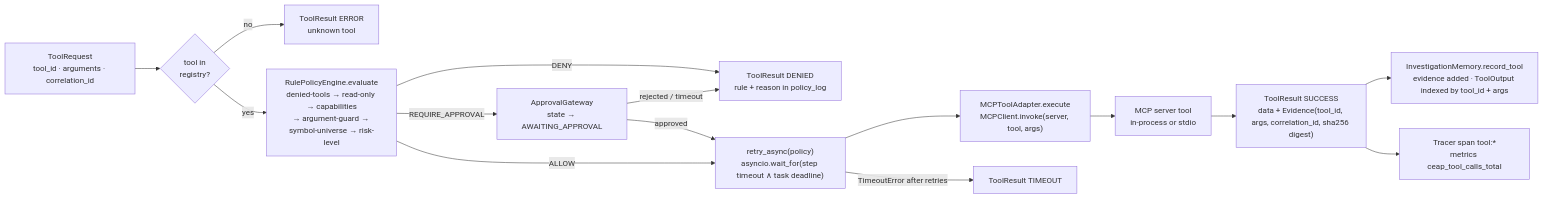
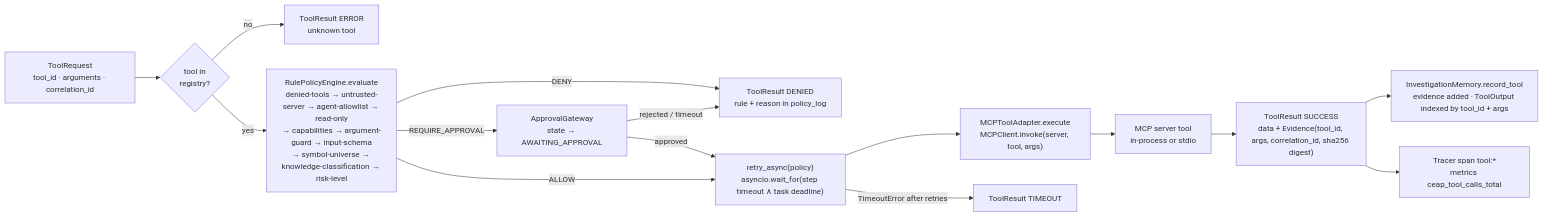
One commit to AshJha0/AgenticAICashEquities changed the third of 20 diagrams in docs/DIAGRAMS.md. Above: the diagram before and after it, drawn with Mermaid. The commit also changed other lines of this file and 9 other files, not shown here.

Commit message:
docs(0.9.0): audit lane A - fix tool counts, state graph, policy order, package graph; add hybrid RAG, judge gate, E1 diagrams

````diff
--- a/docs/DIAGRAMS.md
+++ b/docs/DIAGRAMS.md
@@ -97,17 +101,17 @@
 ```mermaid
 flowchart LR
     REQ["ToolRequest<br/>tool_id · arguments · correlation_id"] --> KNOWN{"tool in<br/>registry?"}
     KNOWN -- no --> ERR["ToolResult ERROR<br/>unknown tool"]
-    KNOWN -- yes --> POL["RulePolicyEngine.evaluate<br/>denied-tools → read-only → capabilities<br/>→ argument-guard → symbol-universe → risk-level"]
+    KNOWN -- yes --> POL["RulePolicyEngine.evaluate<br/>denied-tools → untrusted-server → agent-allowlist → read-only<br/>→ capabilities → argument-guard → input-schema<br/>→ symbol-universe → knowledge-classification → risk-level"]
     POL -- DENY --> DEN["ToolResult DENIED<br/>rule + reason in policy_log"]
     POL -- REQUIRE_APPROVAL --> APR["ApprovalGateway<br/>state → AWAITING_APPROVAL"]
     APR -- rejected / timeout --> DEN
     APR -- approved --> RUN
     POL -- ALLOW --> RUN["retry_async(policy)<br/>asyncio.wait_for(step timeout ∧ task deadline)"]
     RUN --> AD["MCPToolAdapter.execute<br/>MCPClient.invoke(server, tool, args)"]
     AD --> SRV["MCP server tool<br/>in-process or stdio"]
     SRV --> RES["ToolResult SUCCESS<br/>data + Evidence(tool_id, args, correlation_id, sha256 digest)"]
     RES --> MEM["InvestigationMemory.record_tool<br/>evidence added · ToolOutput indexed by tool_id + args"]
     RES --> TR["Tracer span tool:*<br/>metrics ceap_tool_calls_total"]
     RUN -- TimeoutError after retries --> TO["ToolResult TIMEOUT"]
 ```
````
